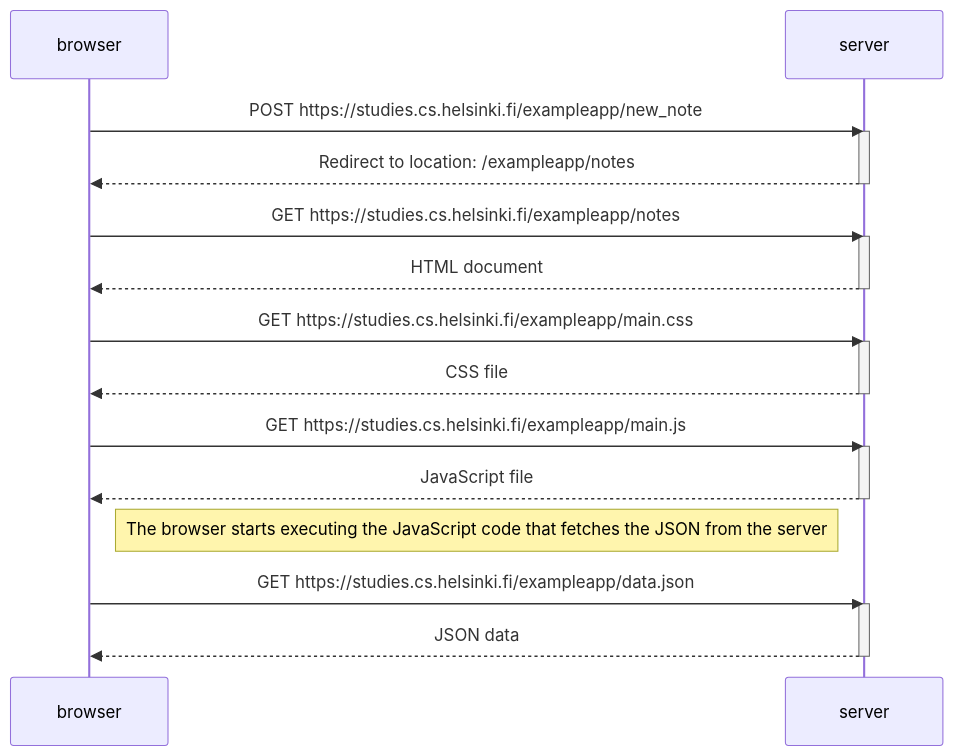
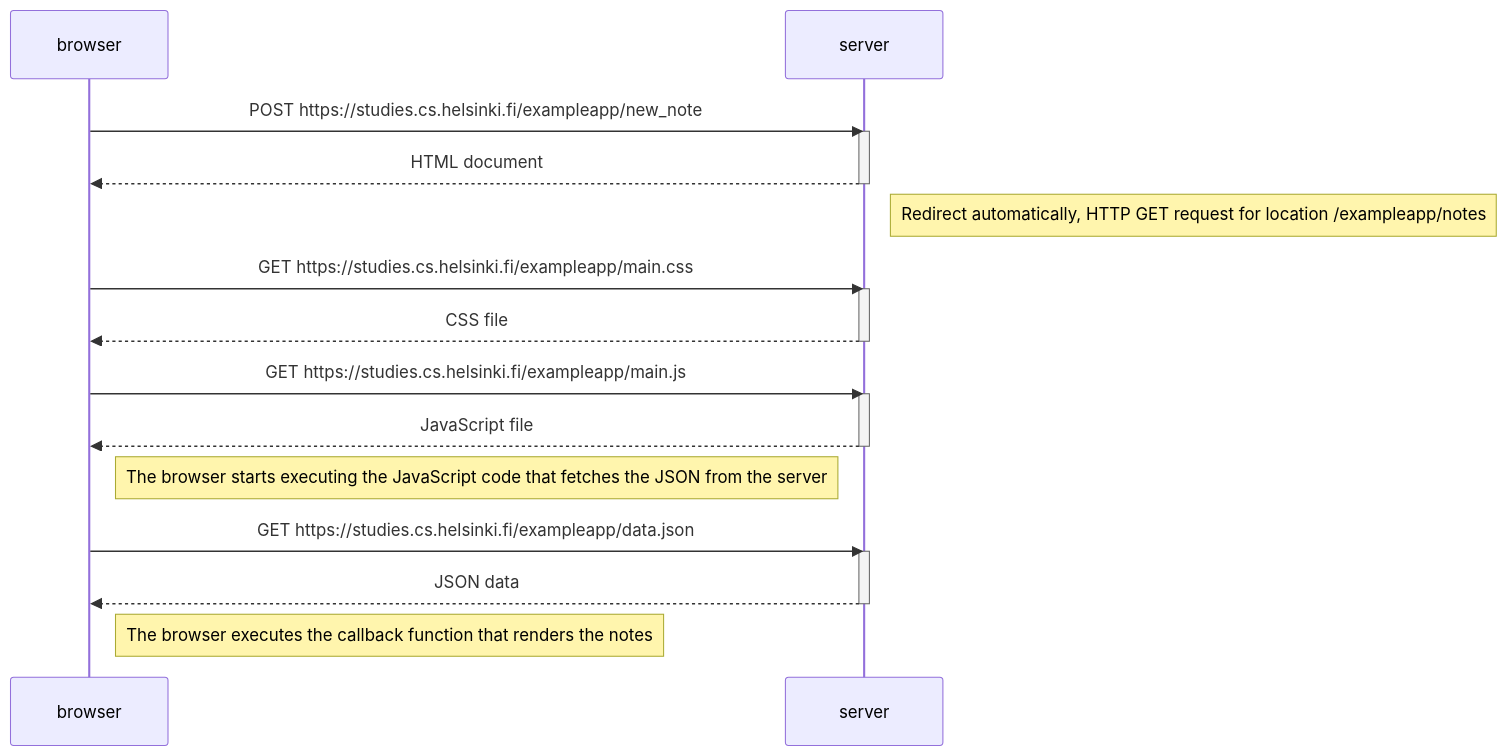
The diagram in osa0/notes.md (joonashkra/fullstackopen), drawn with Mermaid before and after one commit.

````diff
--- a/osa0/notes.md
+++ b/osa0/notes.md
@@ -1,32 +1,31 @@
 ```mermaid
 sequenceDiagram
     participant browser
     participant server
 
     browser->>server: POST https://studies.cs.helsinki.fi/exampleapp/new_note
     activate server
-    server-->>browser: Redirect to location: /exampleapp/notes
+    server-->>browser: HTML document
     deactivate server
 
-    browser->>server: GET https://studies.cs.helsinki.fi/exampleapp/notes
-    activate server
-    server-->>browser: HTML document
-    deactivate server
+Note right of server: Redirect automatically, HTTP GET request for location /exampleapp/notes
 
     browser->>server: GET https://studies.cs.helsinki.fi/exampleapp/main.css
     activate server
     server-->>browser: CSS file
     deactivate server
     
     browser->>server: GET https://studies.cs.helsinki.fi/exampleapp/main.js
     activate server
     server-->>browser: JavaScript file
     deactivate server
 
 Note right of browser: The browser starts executing the JavaScript code that fetches the JSON from the server
 
     browser->>server: GET https://studies.cs.helsinki.fi/exampleapp/data.json
     activate server
     server-->>browser: JSON data
     deactivate server
+
+Note right of browser: The browser executes the callback function that renders the notes 
 ```
````
